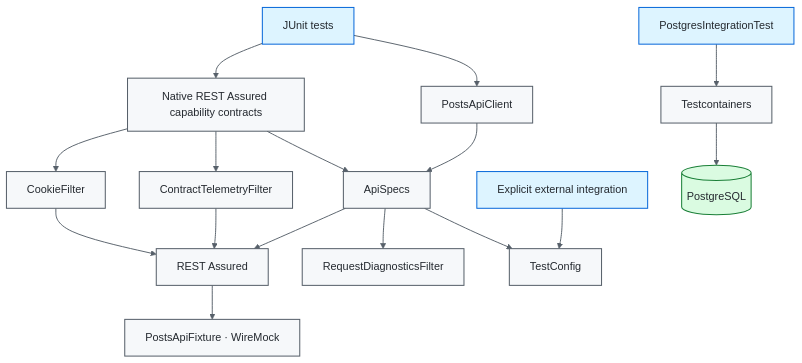
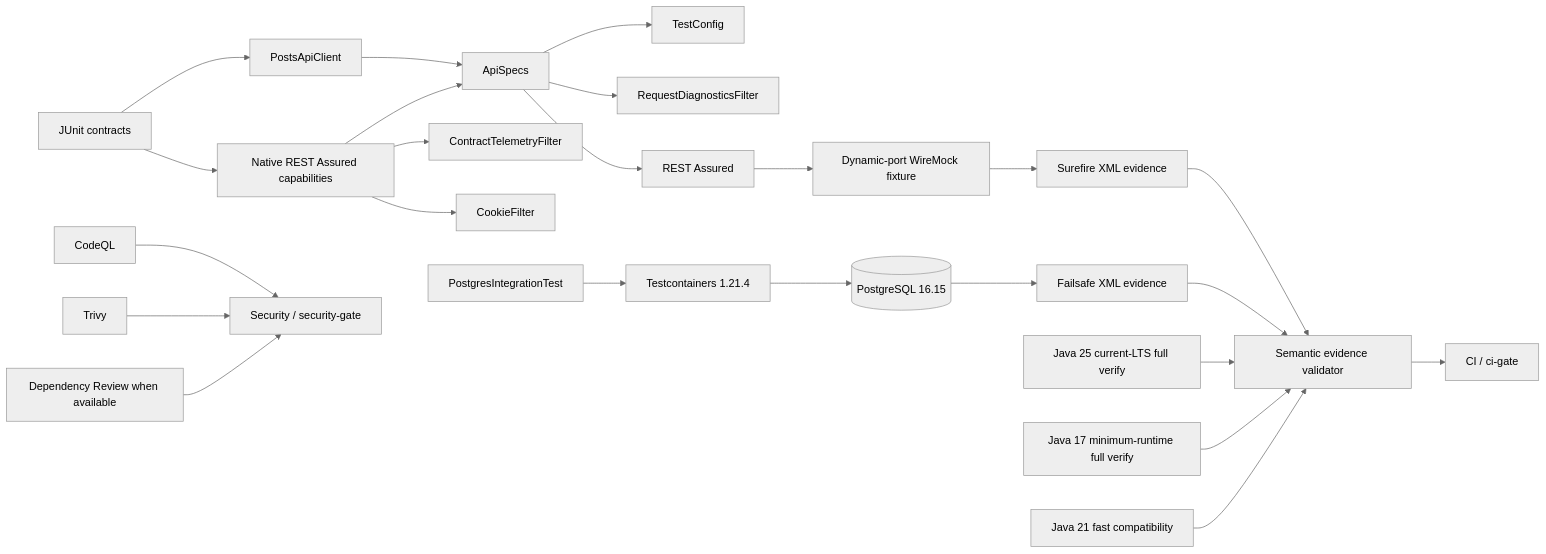
One commit to portyu9/qa-automation-java-restassured changed the diagram in README.md. Above: the diagram before and after it, drawn with Mermaid (neutral theme). The commit also changed other lines of this file, not shown here.

Commit message:
Align Java README with hardened lifecycle gates

````diff
--- a/README.md
+++ b/README.md
@@ -45,26 +46,30 @@
 ```mermaid
-flowchart TD
-    J[JUnit tests] --> CLIENT[PostsApiClient]
-    J --> NATIVE[Native REST Assured capability contracts]
+flowchart LR
+    TEST[JUnit contracts] --> CLIENT[PostsApiClient]
+    TEST --> NATIVE[Native REST Assured capabilities]
     CLIENT --> SPEC[ApiSpecs]
     NATIVE --> SPEC
     SPEC --> CFG[TestConfig]
     SPEC --> DIAG[RequestDiagnosticsFilter]
     NATIVE --> TELE[ContractTelemetryFilter]
     NATIVE --> COOKIE[CookieFilter]
     SPEC --> RA[REST Assured]
-    TELE --> RA
-    COOKIE --> RA
-    RA --> WM[PostsApiFixture · WireMock]
-    EXT[Explicit external integration] --> CFG
-    DB[PostgresIntegrationTest] --> TC[Testcontainers]
-    TC --> PG[(PostgreSQL)]
+    RA --> WM[Dynamic-port WireMock fixture]
 
-    classDef entry fill:#ddf4ff,stroke:#0969da,color:#24292f,stroke-width:1.5px;
-    classDef core fill:#f6f8fa,stroke:#57606a,color:#24292f,stroke-width:1.5px;
-    classDef evidence fill:#dafbe1,stroke:#1a7f37,color:#24292f,stroke-width:1.5px;
-    class J,EXT,DB entry;
-    class CLIENT,NATIVE,SPEC,CFG,DIAG,TELE,COOKIE,RA,WM,TC core;
-    class PG evidence;
-    linkStyle default stroke:#57606a,stroke-width:1.4px;
+    DBTEST[PostgresIntegrationTest] --> TC[Testcontainers 1.21.4]
+    TC --> PG[(PostgreSQL 16.15)]
+
+    WM --> SURE[Surefire XML evidence]
+    PG --> FAIL[Failsafe XML evidence]
+    SURE --> EVIDENCE[Semantic evidence validator]
+    FAIL --> EVIDENCE
+
+    J25[Java 25 current-LTS full verify] --> EVIDENCE
+    J17[Java 17 minimum-runtime full verify] --> EVIDENCE
+    J21[Java 21 fast compatibility] --> EVIDENCE
+
+    CODEQL[CodeQL] --> SG[Security / security-gate]
+    TRIVY[Trivy] --> SG
+    DEP[Dependency Review when available] --> SG
+    EVIDENCE --> CIG[CI / ci-gate]
 ```
````
